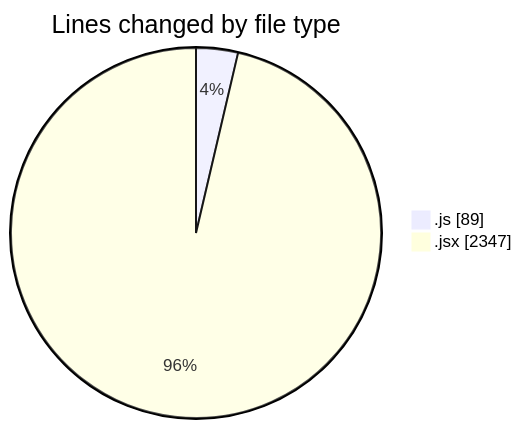
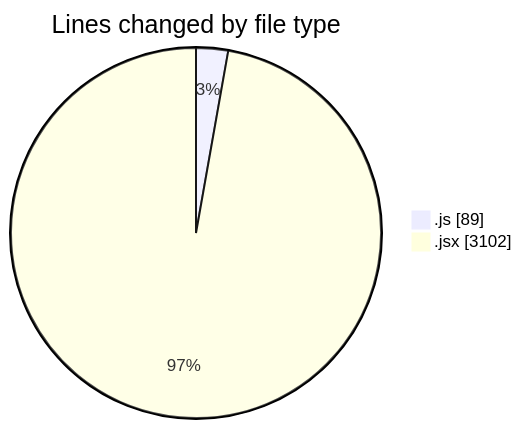
Before and after one commit to nxtqubesakshisongat/code-tracking: the first of 2 diagrams in 2025-05-03/nxtqube_webapp/README.md, drawn with Mermaid. The commit also changed other lines of this file and 1 other file, not shown here.

````diff
--- a/2025-05-03/nxtqube_webapp/README.md
+++ b/2025-05-03/nxtqube_webapp/README.md
@@ -23,6 +24,6 @@
 ```mermaid
 pie showData
 title Lines changed by file type
 ".js" : 89
-".jsx" : 2347
+".jsx" : 3102
 ```
````
